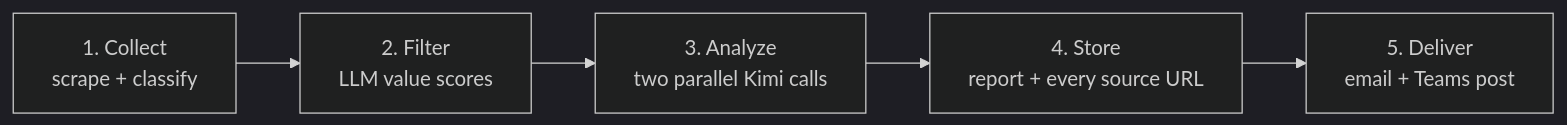
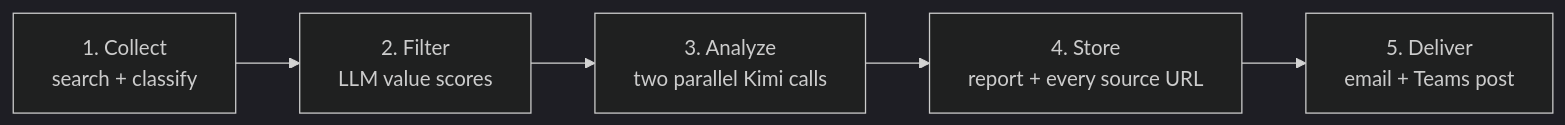
One commit to craigdeng-cpu/interac-sentiment-bot changed the second of 4 diagrams in ARCHITECTURE_FLOW.md. Above: the diagram before and after it, drawn with Mermaid (dark theme). The commit also changed other lines of this file, not shown here.

First line of the commit message:
Restructure architecture doc with numbered sections and evals plan.

````diff
--- a/ARCHITECTURE_FLOW.md
+++ b/ARCHITECTURE_FLOW.md
@@ -84,7 +175,7 @@
 ```mermaid
 flowchart LR
-    A["1. Collect<br/>scrape + classify"] --> B["2. Filter<br/>LLM value scores"]
+    A["1. Collect<br/>search + classify"] --> B["2. Filter<br/>LLM value scores"]
     B --> C["3. Analyze<br/>two parallel Kimi calls"]
     C --> D["4. Store<br/>report + every source URL"]
     D --> E["5. Deliver<br/>email + Teams post"]
 ```
````
